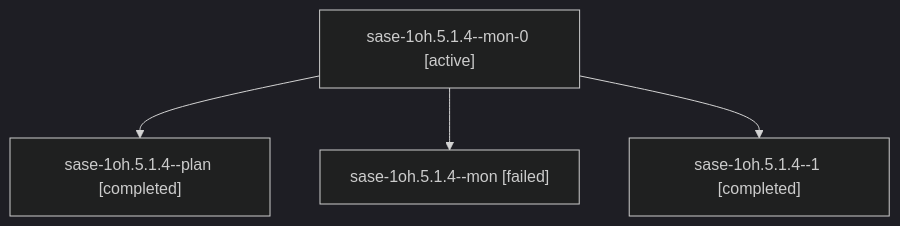
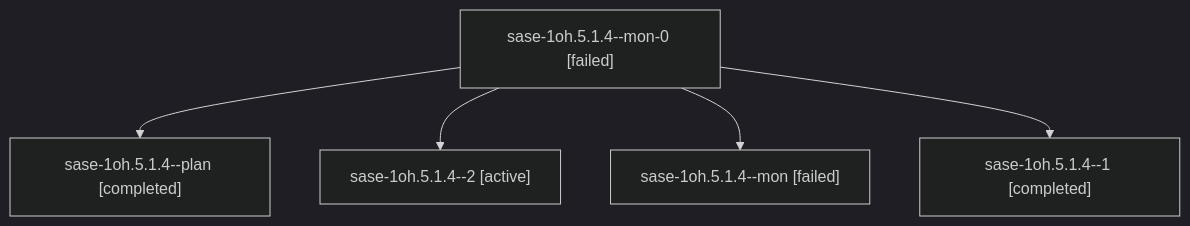
The diagram in sessions/bbugyi200.athena.sase-1oh.5.1.4.md (sase-org/sase--agents), drawn with Mermaid (dark theme) before and after one commit. The commit also changed other lines of this file and 65 other files, not shown here.

````diff
--- a/sessions/bbugyi200.athena.sase-1oh.5.1.4.md
+++ b/sessions/bbugyi200.athena.sase-1oh.5.1.4.md
@@ -9,10 +9,12 @@
 ```mermaid
 flowchart TD
-  n0["sase-1oh.5.1.4--mon-0 [active]"]
+  n0["sase-1oh.5.1.4--mon-0 [failed]"]
   n1["sase-1oh.5.1.4--plan [completed]"]
   n0 --> n1
-  n2["sase-1oh.5.1.4--mon [failed]"]
+  n2["sase-1oh.5.1.4--2 [active]"]
   n0 --> n2
-  n3["sase-1oh.5.1.4--1 [completed]"]
+  n3["sase-1oh.5.1.4--mon [failed]"]
   n0 --> n3
+  n4["sase-1oh.5.1.4--1 [completed]"]
+  n0 --> n4
 ```
````
